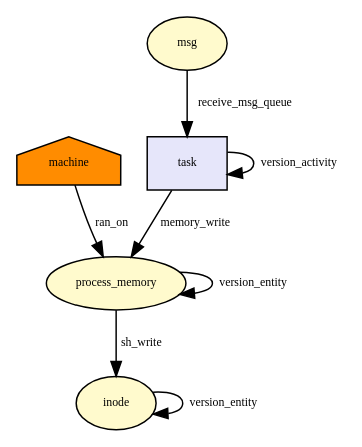
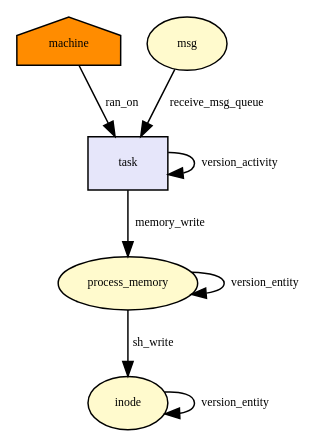
One commit to CamFlow/camflow-dev changed the diagram in docs/dot/msg_queue_msgrcv.dot. Above: the diagram before and after it, drawn with Graphviz. The commit also changed 419 other files, not shown here.

```diff
--- a/docs/dot/msg_queue_msgrcv.dot
+++ b/docs/dot/msg_queue_msgrcv.dot
@@ -1,25 +1,25 @@
 digraph RGL__DirectedAdjacencyGraph {machine[fontsize = 8,label = machine,shape = house, fillcolor="#ff8c00", style = filled]
 
-process_memory[fontsize = 8,label = process_memory,shape = ellipse, fillcolor="#fffacd", style = filled]
+task[fontsize = 8,label = task,shape = rectangle, fillcolor="#e6e6fa", style = filled]
 
-machine -> process_memory[fontsize = 8,label = ran_on]
+machine -> task[fontsize = 8,label = ran_on]
 
 msg[fontsize = 8,label = msg,shape = ellipse, fillcolor="#fffacd", style = filled]
 
-task[fontsize = 8,label = task,shape = rectangle, fillcolor="#e6e6fa", style = filled]
+msg -> task[fontsize = 8,label = receive_msg_queue]
 
-msg -> task[fontsize = 8,label = receive_msg_queue]
+process_memory[fontsize = 8,label = process_memory,shape = ellipse, fillcolor="#fffacd", style = filled]
 
 task -> process_memory[fontsize = 8,label = memory_write]
 
 task -> task[fontsize = 8,label = version_activity]
 
 process_memory -> process_memory[fontsize = 8,label = version_entity]
 
 inode[fontsize = 8,label = inode,shape = ellipse, fillcolor="#fffacd", style = filled]
 
 process_memory -> inode[fontsize = 8,label = sh_write]
 
 inode -> inode[fontsize = 8,label = version_entity]
 
 }
```
